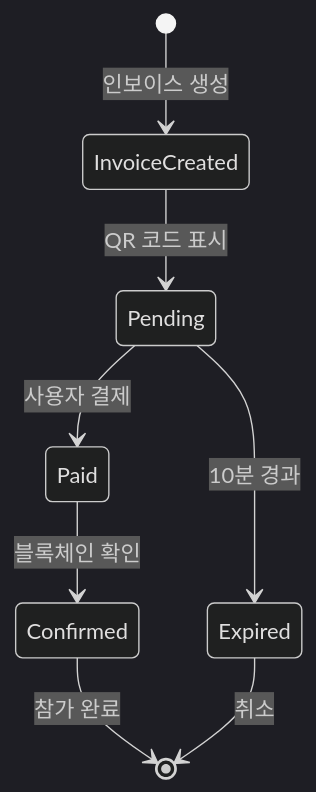
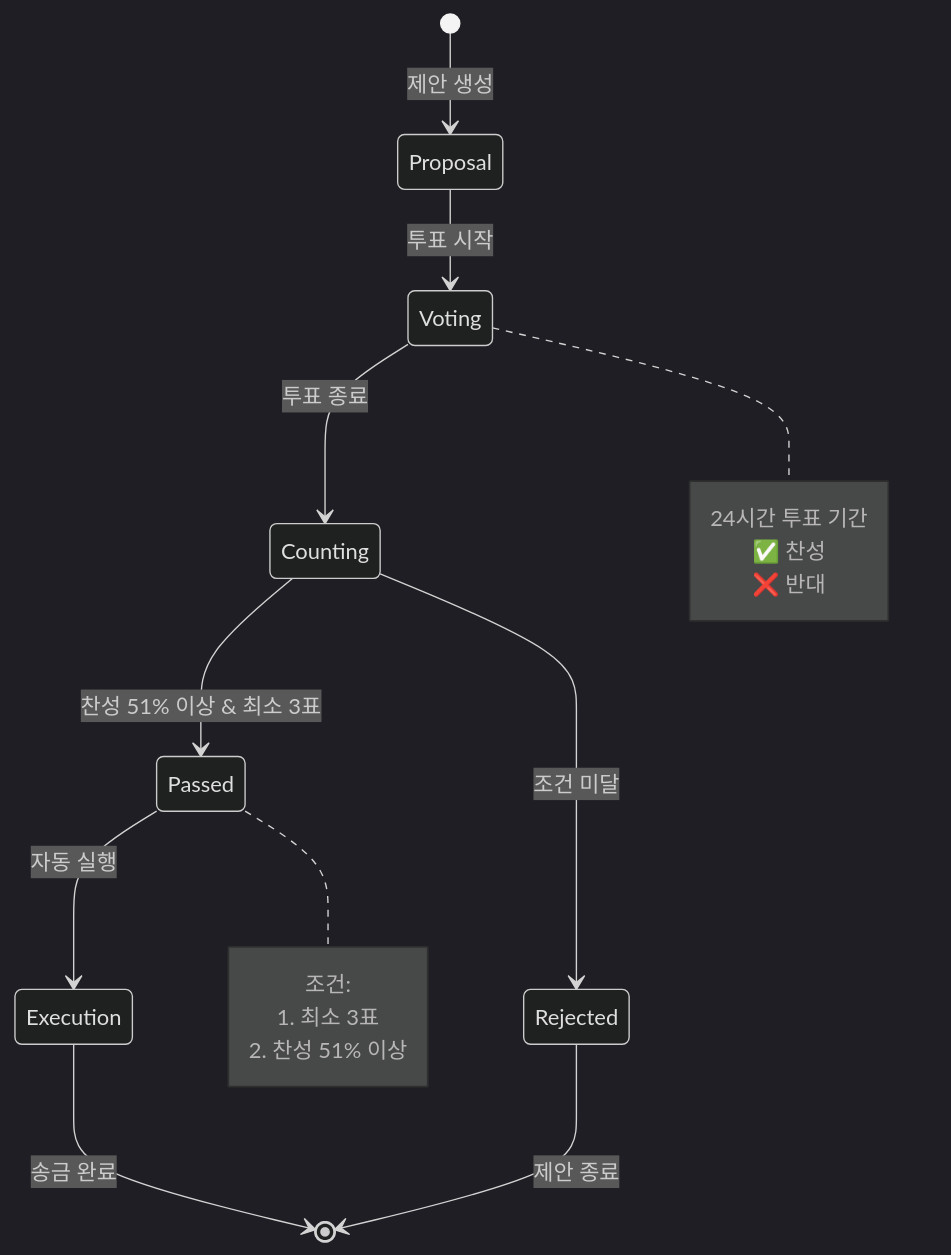
Before and after one commit to zzeongzi/lemon-lotto: diagram 17 of 18 in WHITEPAPER.md, drawn with Mermaid (dark theme). The commit also changed other lines of this file, not shown here.

```diff
--- a/WHITEPAPER.md
+++ b/WHITEPAPER.md
@@ -569,10 +1048,25 @@
                 <div class="mermaid">
                     stateDiagram-v2
-                        [*] --> InvoiceCreated: 인보이스 생성
-                        InvoiceCreated --> Pending: QR 코드 표시
-                        Pending --> Paid: 사용자 결제
-                        Pending --> Expired: 10분 경과
-                        Paid --> Confirmed: 블록체인 확인
-                        Confirmed --> [*]: 참가 완료
-                        Expired --> [*]: 취소
+                        [*] --> Proposal: 제안 생성
+                        Proposal --> Voting: 투표 시작
+                        Voting --> Counting: 투표 종료
+                        
+                        Counting --> Passed: 찬성 51% 이상 & 최소 3표
+                        Counting --> Rejected: 조건 미달
+                        
+                        Passed --> Execution: 자동 실행
+                        Rejected --> [*]: 제안 종료
+                        Execution --> [*]: 송금 완료
+                        
+                        note right of Voting
+                            24시간 투표 기간
+                            ✅ 찬성
+                            ❌ 반대
+                        end note
+                        
+                        note right of Passed
+                            조건:
+                            1. 최소 3표
+                            2. 찬성 51% 이상
+                        end note
                 </div>
```
